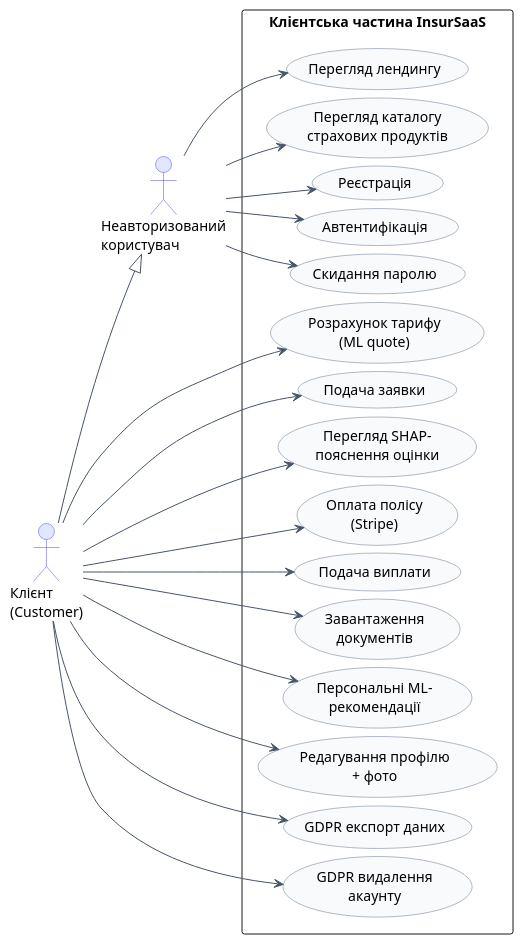
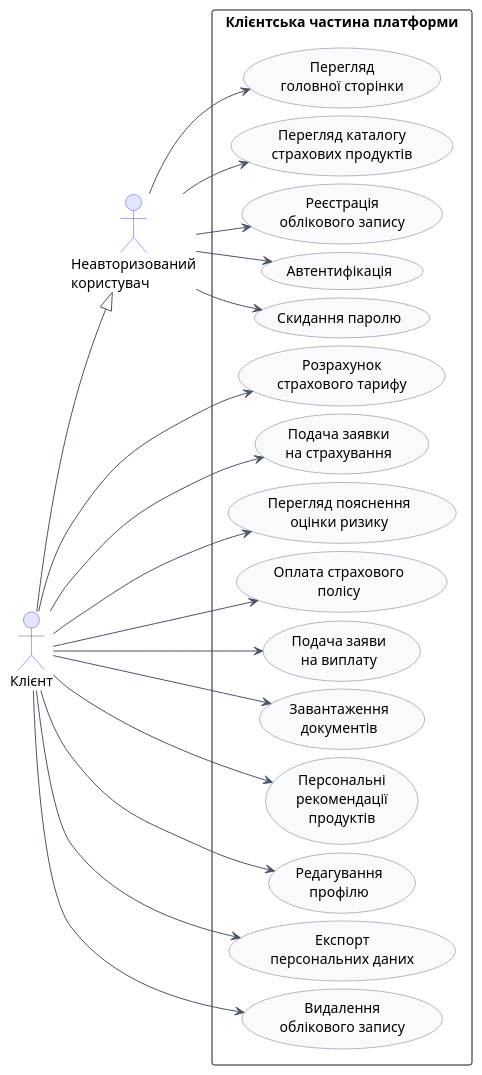
Before and after one commit to alionuka/insurance-saas-platform: the first of 7 diagrams in DIAGRAMS.md, drawn with PlantUML. The commit also changed other lines of this file and 99 other files, not shown here.

````diff
--- a/DIAGRAMS.md
+++ b/DIAGRAMS.md
@@ -18,55 +18,55 @@
 ```plantuml
-@startuml InsurSaaS_Customer
+@startuml Клієнтська_частина
 left to right direction
 skinparam packageStyle rectangle
 skinparam shadowing false
 skinparam nodesep 8
 skinparam ranksep 18
 skinparam ActorBackgroundColor #E0E7FF
 skinparam ActorBorderColor #4F46E5
 skinparam UsecaseBackgroundColor #F8FAFC
 skinparam UsecaseBorderColor #64748B
 skinparam ArrowColor #475569
 
 actor "Неавторизований\nкористувач" as Guest
-actor "Клієнт\n(Customer)" as Customer
+actor "Клієнт" as Customer
 
 Customer --|> Guest
 
-rectangle "Клієнтська частина InsurSaaS" {
-  usecase "Перегляд лендингу" as UC1
+rectangle "Клієнтська частина платформи" {
+  usecase "Перегляд\nголовної сторінки" as UC1
   usecase "Перегляд каталогу\nстрахових продуктів" as UC2
-  usecase "Реєстрація" as UC3
+  usecase "Реєстрація\nоблікового запису" as UC3
   usecase "Автентифікація" as UC4
   usecase "Скидання паролю" as UC5
-  usecase "Розрахунок тарифу\n(ML quote)" as UC6
-  usecase "Подача заявки" as UC7
-  usecase "Перегляд SHAP-\nпояснення оцінки" as UC8
-  usecase "Оплата полісу\n(Stripe)" as UC9
-  usecase "Подача виплати" as UC10
+  usecase "Розрахунок\nстрахового тарифу" as UC6
+  usecase "Подача заявки\nна страхування" as UC7
+  usecase "Перегляд пояснення\nоцінки ризику" as UC8
+  usecase "Оплата страхового\nполісу" as UC9
+  usecase "Подача заяви\nна виплату" as UC10
   usecase "Завантаження\nдокументів" as UC11
-  usecase "Персональні ML-\nрекомендації" as UC12
-  usecase "Редагування профілю\n+ фото" as UC13
-  usecase "GDPR експорт даних" as UC14
-  usecase "GDPR видалення\nакаунту" as UC15
+  usecase "Персональні\nрекомендації\nпродуктів" as UC12
+  usecase "Редагування\nпрофілю" as UC13
+  usecase "Експорт\nперсональних даних" as UC14
+  usecase "Видалення\nоблікового запису" as UC15
 }
 
 Guest --> UC1
 Guest --> UC2
 Guest --> UC3
 Guest --> UC4
 Guest --> UC5
 
 Customer --> UC6
 Customer --> UC7
 Customer --> UC8
 Customer --> UC9
 Customer --> UC10
 Customer --> UC11
 Customer --> UC12
 Customer --> UC13
 Customer --> UC14
 Customer --> UC15
 
 @enduml
 ```
````
